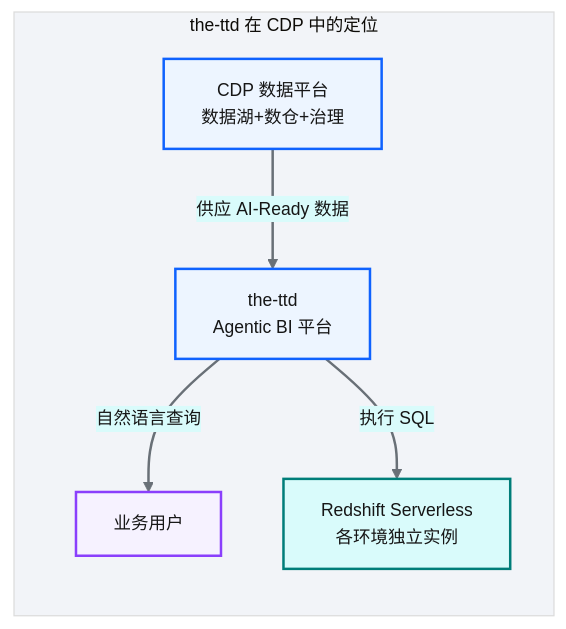
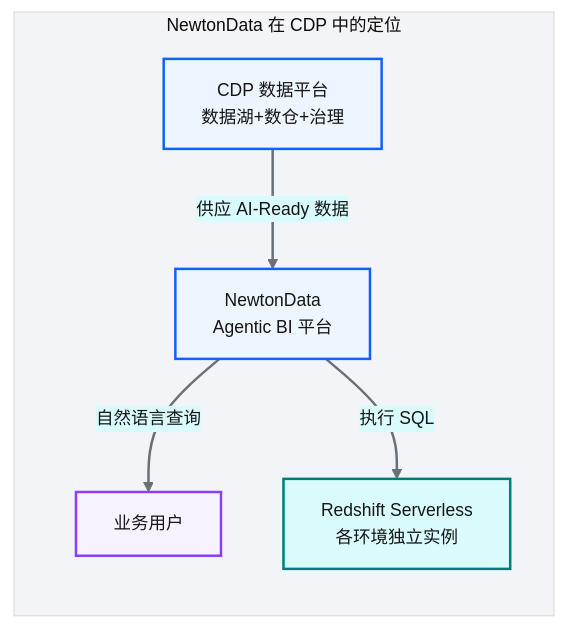
Before and after one commit to zhiweio/from-data-to-intelligence: the fifth of 7 diagrams in docs/38-时代命题-AI-Ready数据供应.md, drawn with Mermaid. The commit also changed other lines of this file and 13 other files, not shown here.

````diff
--- a/docs/38-时代命题-AI-Ready数据供应.md
+++ b/docs/38-时代命题-AI-Ready数据供应.md
@@ -199,22 +205,22 @@
 ```mermaid
 %%{init: {'theme':'base','themeVariables':{'primaryColor':'#edf5ff','primaryTextColor':'#161616','primaryBorderColor':'#0f62fe','lineColor':'#697077','secondaryColor':'#d9fbfb','tertiaryColor':'#f2f4f8','fontSize':'14px'}}}%%
 flowchart LR
- subgraph the-ttd定位["the-ttd 在 CDP 中的定位"]
- CDP[CDP 数据平台<br/>数据湖+数仓+治理] -->|供应 AI-Ready 数据|TTD[the-ttd<br/>Agentic BI 平台]
+ subgraph NewtonData定位["NewtonData 在 CDP 中的定位"]
+ CDP[CDP 数据平台<br/>数据湖+数仓+治理] -->|供应 AI-Ready 数据|TTD[NewtonData<br/>Agentic BI 平台]
  TTD -->|自然语言查询|BIZ[业务用户]
  TTD -->|执行 SQL|RS[Redshift Serverless<br/>各环境独立实例]
  end
 classDef bpProcess fill:#edf5ff,stroke:#0f62fe,stroke-width:2px,color:#161616
 classDef bpData fill:#d9fbfb,stroke:#007d79,stroke-width:2px,color:#161616
 classDef bpDecision fill:#fcf4d6,stroke:#f1c21b,stroke-width:2px,color:#161616
 classDef bpSuccess fill:#defbe6,stroke:#198038,stroke-width:2px,color:#161616
 classDef bpError fill:#fff1f1,stroke:#da1e28,stroke-width:2px,color:#161616
 classDef bpExternal fill:#f2f4f8,stroke:#697077,stroke-width:2px,color:#161616
 classDef bpInfo fill:#f6f2ff,stroke:#8a3ffc,stroke-width:2px,color:#161616
 classDef bpGroup fill:#ffffff,stroke:#0f62fe,stroke-width:2px,color:#161616
 class BIZ bpInfo
 class CDP bpProcess
 class RS bpData
 class TTD bpProcess
 linkStyle default stroke:#697077,stroke-width:2px
 ```
````
